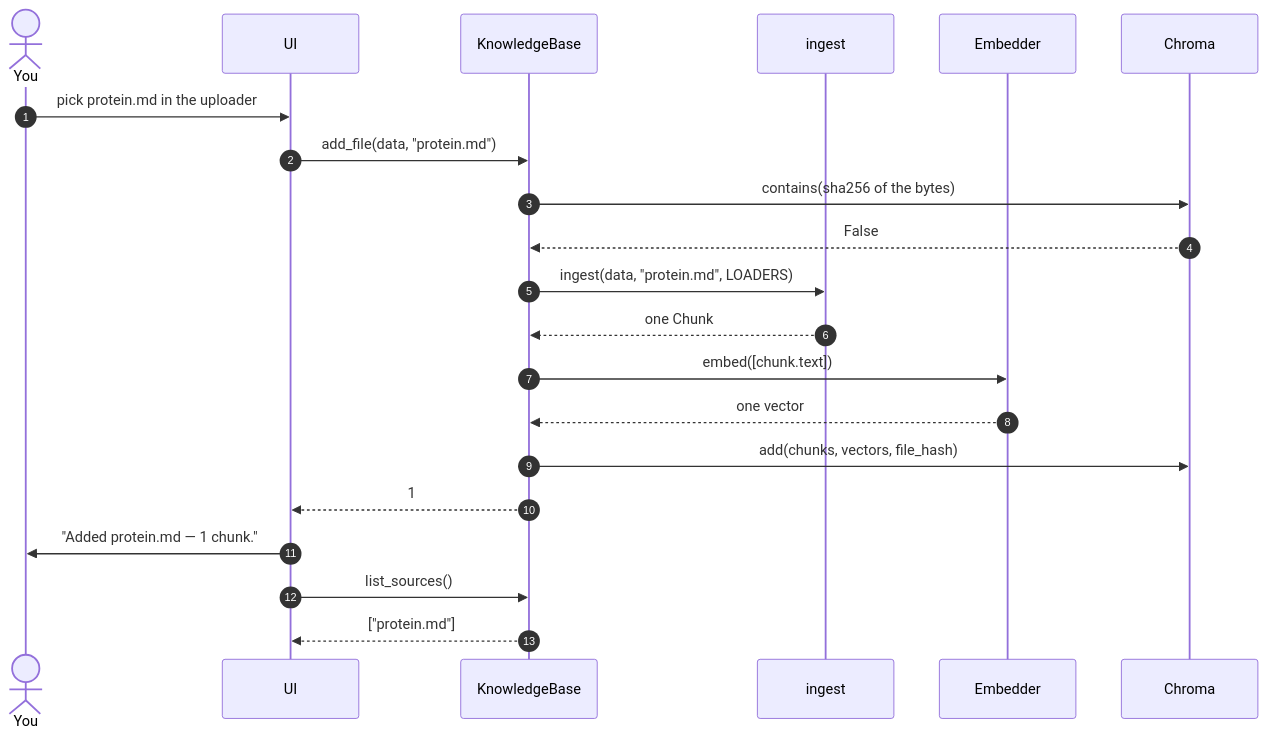
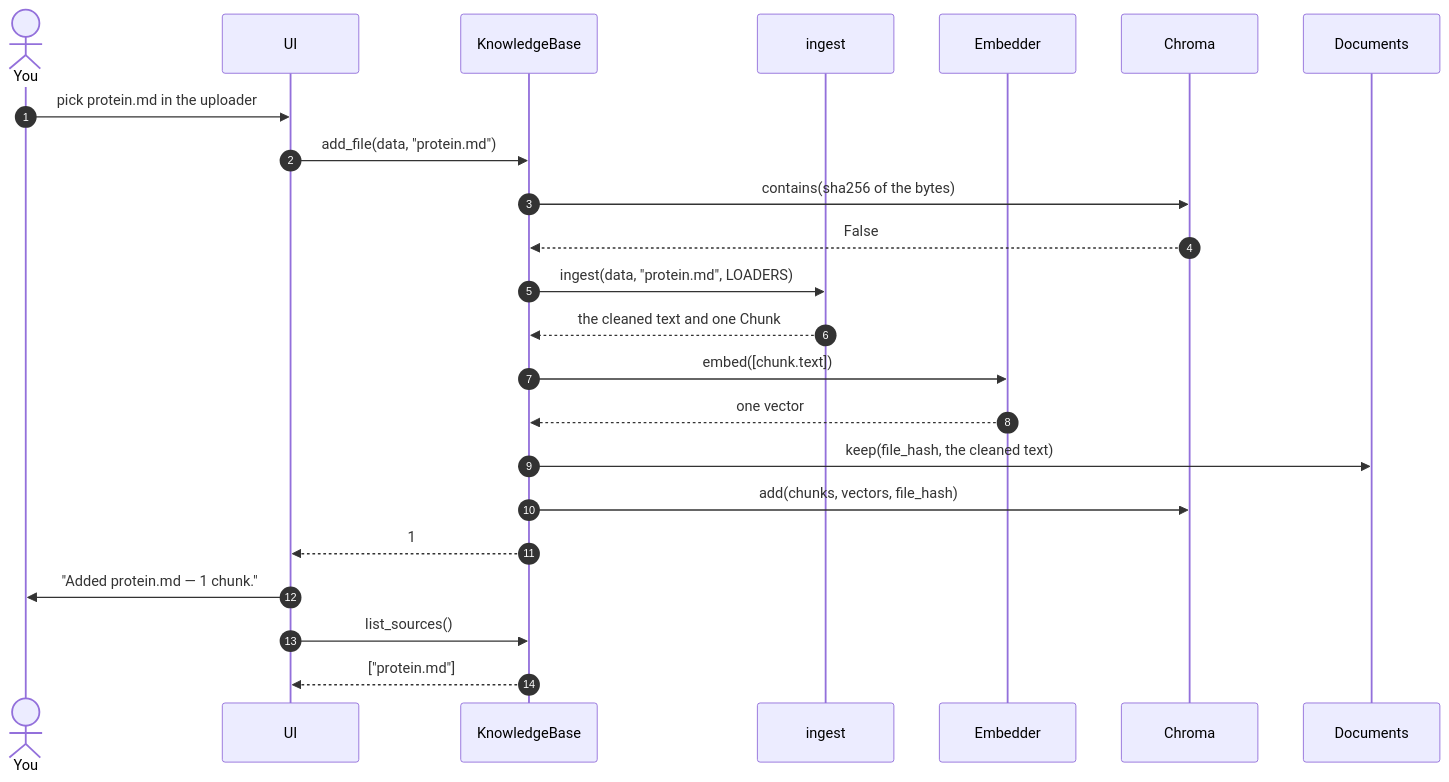
One commit to aschog/cora changed the first of 3 diagrams in docs/happy-path.md. Above: the diagram before and after it, drawn with Mermaid. The commit also changed other lines of this file and 63 other files, not shown here.

````diff
--- a/docs/happy-path.md
+++ b/docs/happy-path.md
@@ -15,24 +15,26 @@
 ```mermaid
 sequenceDiagram
   autonumber
   actor You
   participant UI
   participant KnowledgeBase
   participant ingest
   participant Embedder
   participant Chroma
+  participant Documents
 
   You->>UI: pick protein.md in the uploader
   UI->>KnowledgeBase: add_file(data, "protein.md")
   KnowledgeBase->>Chroma: contains(sha256 of the bytes)
   Chroma-->>KnowledgeBase: False
   KnowledgeBase->>ingest: ingest(data, "protein.md", LOADERS)
-  ingest-->>KnowledgeBase: one Chunk
+  ingest-->>KnowledgeBase: the cleaned text and one Chunk
   KnowledgeBase->>Embedder: embed([chunk.text])
   Embedder-->>KnowledgeBase: one vector
+  KnowledgeBase->>Documents: keep(file_hash, the cleaned text)
   KnowledgeBase->>Chroma: add(chunks, vectors, file_hash)
   KnowledgeBase-->>UI: 1
   UI->>You: "Added protein.md — 1 chunk."
   UI->>KnowledgeBase: list_sources()
   KnowledgeBase-->>UI: ["protein.md"]
 ```
````
